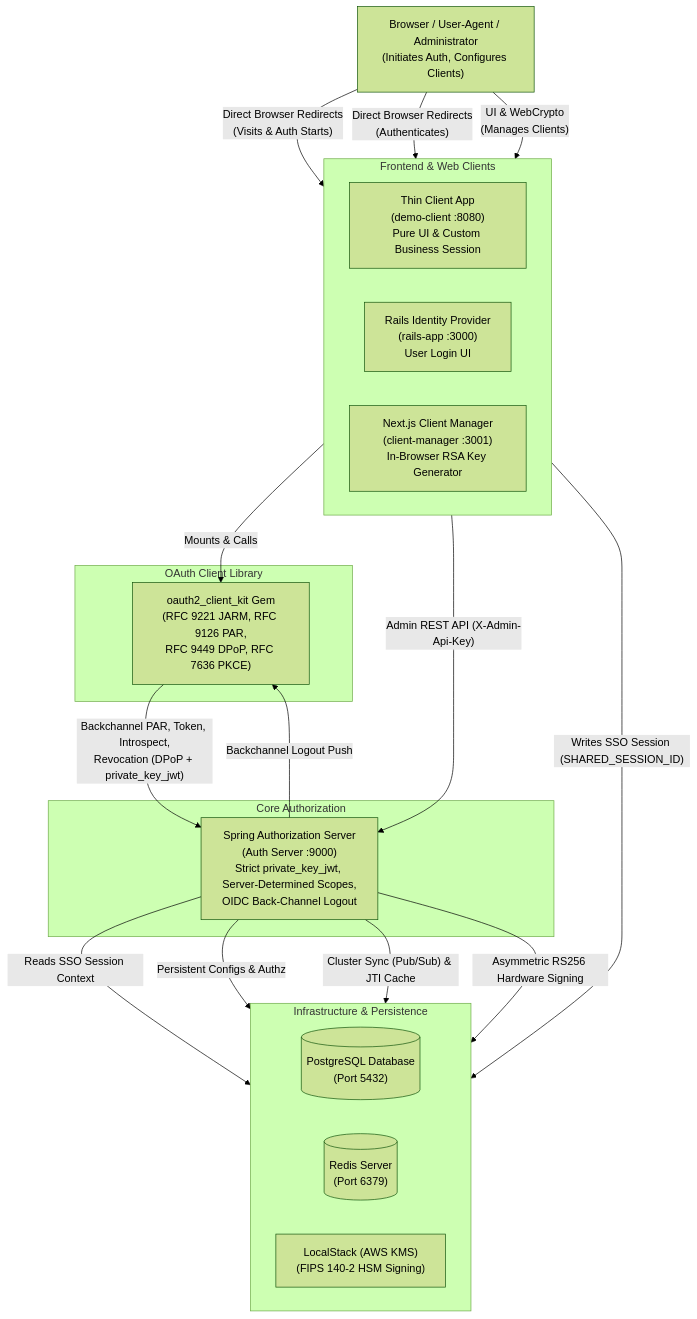
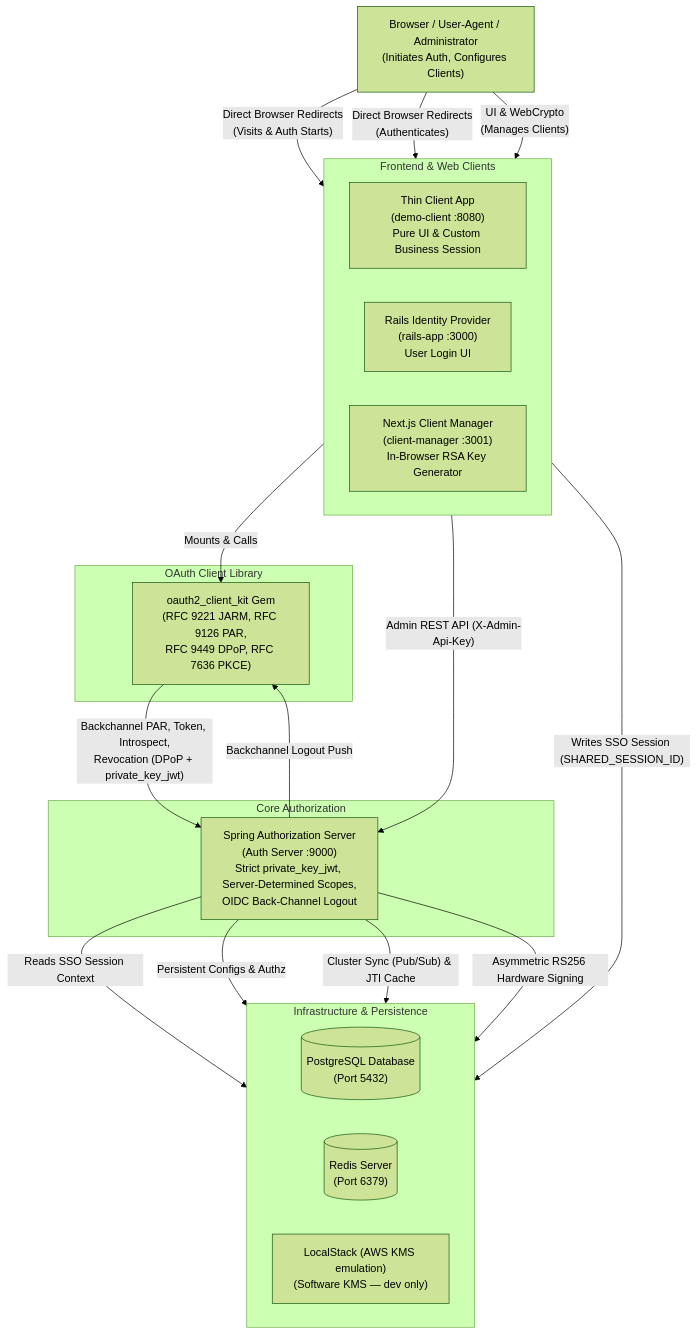
One commit to shoeyn/oauth-server changed the diagram in README.md. Above: the diagram before and after it, drawn with Mermaid (forest theme). The commit also changed other lines of this file and 73 other files, not shown here.

````diff
--- a/README.md
+++ b/README.md
@@ -33,46 +33,46 @@
 ```mermaid
 graph TD
     %% Nodes
     Browser["Browser / User-Agent / Administrator<br/>(Initiates Auth, Configures Clients)"]
     
     subgraph Web_Tier["Frontend & Web Clients"]
         direction LR
         ThinClient["Thin Client App<br/>(demo-client :8080)<br/>Pure UI & Custom Business Session"]
         RailsIdp["Rails Identity Provider<br/>(rails-app :3000)<br/>User Login UI"]
         ClientManager["Next.js Client Manager<br/>(client-manager :3001)<br/>In-Browser RSA Key Generator"]
     end
     
     subgraph Client_Library["OAuth Client Library"]
         Gem["oauth2_client_kit Gem<br/>(RFC 9221 JARM, RFC 9126 PAR,<br/>RFC 9449 DPoP, RFC 7636 PKCE)"]
     end
     
     subgraph Core_Auth["Core Authorization"]
         SpringAS["Spring Authorization Server<br/>(Auth Server :9000)<br/>Strict private_key_jwt, Server-Determined Scopes,<br/>OIDC Back-Channel Logout"]
     end
     
     subgraph Data_Tier["Infrastructure & Persistence"]
         direction LR
         Postgres[("PostgreSQL Database<br/>(Port 5432)")]
         Redis[("Redis Server<br/>(Port 6379)")]
-        KMS["LocalStack (AWS KMS)<br/>(FIPS 140-2 HSM Signing)"]
+        KMS["LocalStack (AWS KMS emulation)<br/>(Software KMS — dev only)"]
     end
     
     %% Relationships
     Browser -- "Direct Browser Redirects<br/>(Visits & Auth Starts)" --> ThinClient
     Browser -- "Direct Browser Redirects<br/>(Authenticates)" --> RailsIdp
     Browser -- "UI & WebCrypto<br/>(Manages Clients)" --> ClientManager
     
     ThinClient -- "Mounts & Calls" --> Gem
     
     Gem -- "Backchannel PAR, Token, Introspect,<br/>Revocation (DPoP + private_key_jwt)" --> SpringAS
     SpringAS -- "Backchannel Logout Push" --> Gem
     
     RailsIdp -- "Writes SSO Session (SHARED_SESSION_ID)" --> Redis
     SpringAS -- "Reads SSO Session Context" --> Redis
     
     ClientManager -- "Admin REST API (X-Admin-Api-Key)" --> SpringAS
     
     SpringAS -- "Persistent Configs & Authz" --> Postgres
     SpringAS -- "Cluster Sync (Pub/Sub) & JTI Cache" --> Redis
     SpringAS -- "Asymmetric RS256 Hardware Signing" --> KMS
 ```
````
